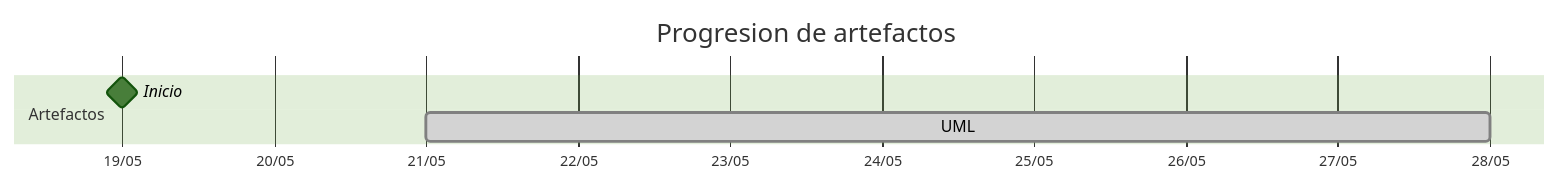
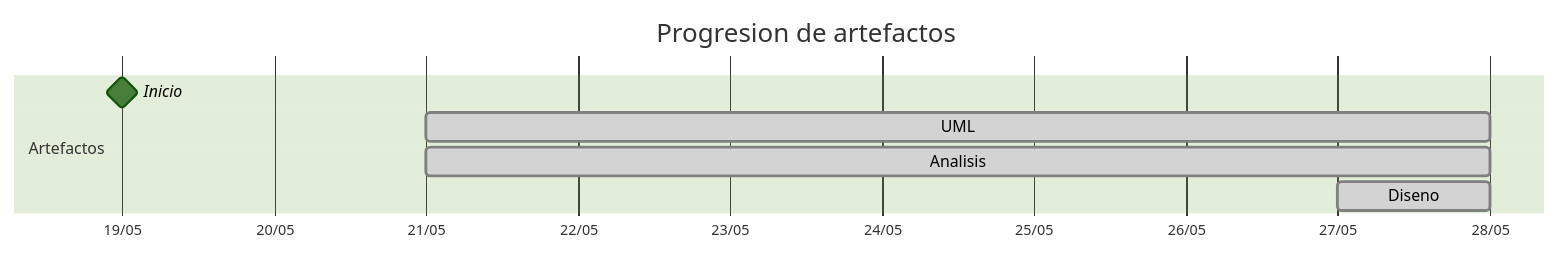
Before and after one commit to carlos-alvarado-25/25-26-idsw2-sdVC: the diagram in TIMELINES/martinlopez7.md, drawn with Mermaid (forest theme). The commit also changed other lines of this file and 2 other files, not shown here.

````diff
--- a/TIMELINES/martinlopez7.md
+++ b/TIMELINES/martinlopez7.md
@@ -18,9 +18,11 @@
 ```mermaid
 gantt
     title Progresion de artefactos
     dateFormat YYYY-MM-DD
     axisFormat %d/%m
     section Artefactos
         Inicio       :milestone, 2026-05-19, 0d
         UML          :done, 2026-05-21, 2026-05-28
+        Analisis     :done, 2026-05-21, 2026-05-28
+        Diseno       :done, 2026-05-27, 2026-05-28
 ```
````
